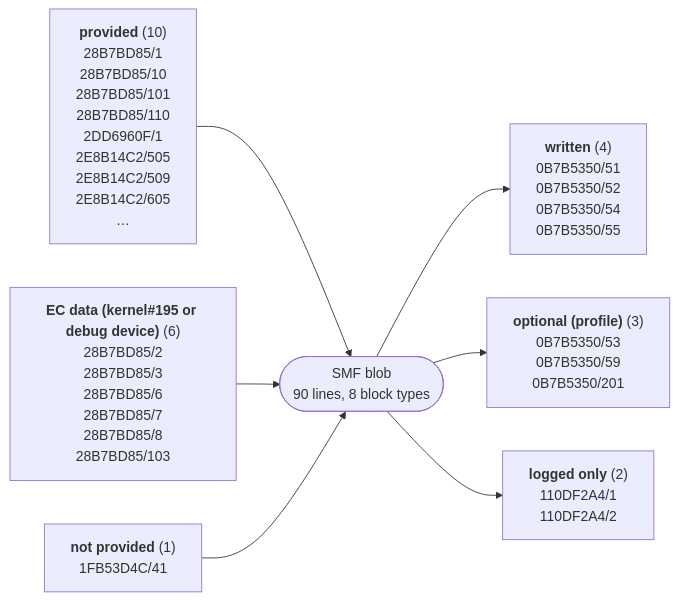
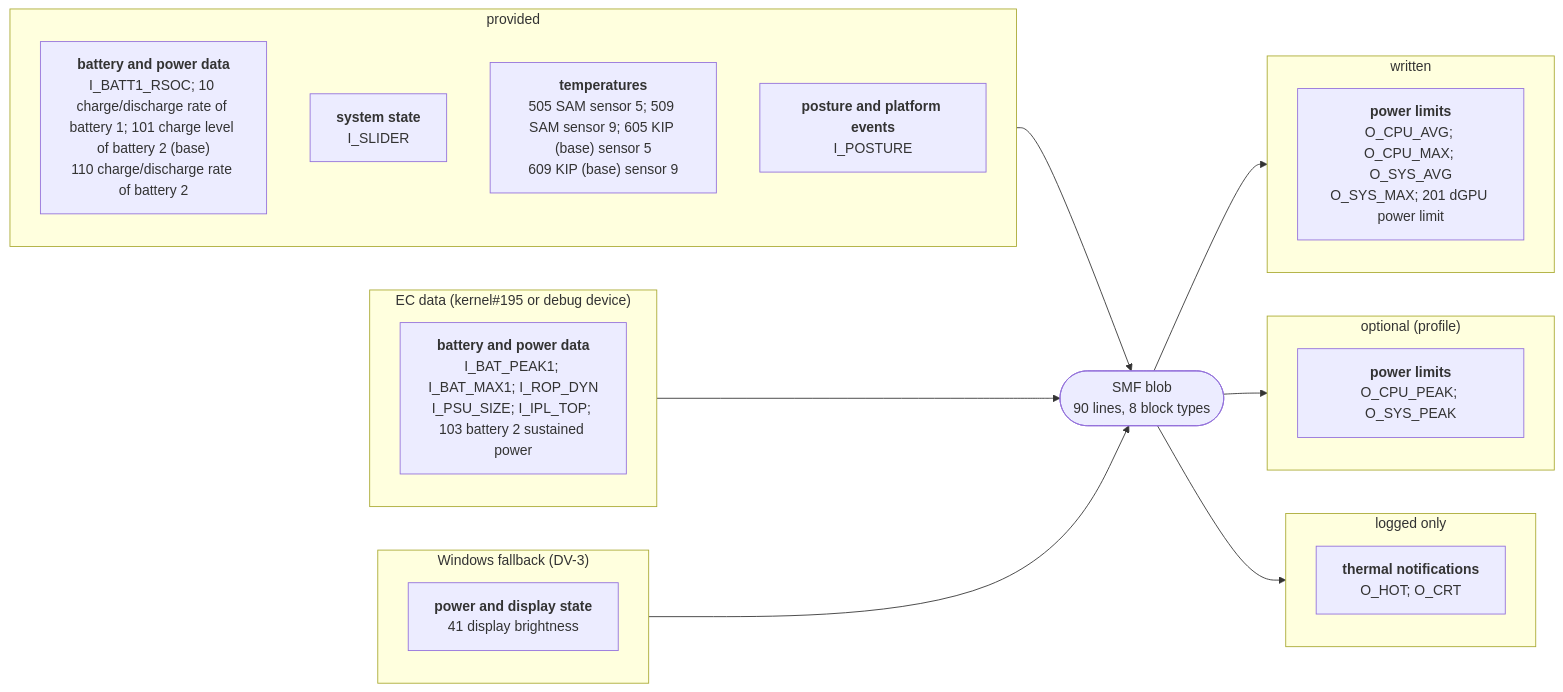
The diagram in docs/devices/surface-book-3-15.md (larsschellhas/linux-surface-power), drawn with Mermaid before and after one commit. The commit also changed other lines of this file and 31 other files, not shown here.

First line of the commit message:
Rate devices by their outputs; complete device diagrams

````diff
--- a/docs/devices/surface-book-3-15.md
+++ b/docs/devices/surface-book-3-15.md
@@ -17,10 +19,31 @@
 ```mermaid
 flowchart LR
-    I0["<b>provided</b> (10)<br/>28B7BD85/1<br/>28B7BD85/10<br/>28B7BD85/101<br/>28B7BD85/110<br/>2DD6960F/1<br/>2E8B14C2/505<br/>2E8B14C2/509<br/>2E8B14C2/605<br/>…"] --> B
-    I1["<b>EC data (kernel#195 or debug device)</b> (6)<br/>28B7BD85/2<br/>28B7BD85/3<br/>28B7BD85/6<br/>28B7BD85/7<br/>28B7BD85/8<br/>28B7BD85/103"] --> B
-    I2["<b>not provided</b> (1)<br/>1FB53D4C/41"] --> B
+    subgraph IN0["provided"]
+        I0_28B7BD85["<b>battery and power data</b><br/>I_BATT1_RSOC; 10 charge/discharge rate of battery 1; 101 charge level of battery 2 (base)<br/>110 charge/discharge rate of battery 2"]
+        I0_2DD6960F["<b>system state</b><br/>I_SLIDER"]
+        I0_2E8B14C2["<b>temperatures</b><br/>505 SAM sensor 5; 509 SAM sensor 9; 605 KIP (base) sensor 5<br/>609 KIP (base) sensor 9"]
+        I0_8060B17F["<b>posture and platform events</b><br/>I_POSTURE"]
+    end
+    IN0 --> B
+    subgraph IN1["EC data (kernel#195 or debug device)"]
+        I1_28B7BD85["<b>battery and power data</b><br/>I_BAT_PEAK1; I_BAT_MAX1; I_ROP_DYN<br/>I_PSU_SIZE; I_IPL_TOP; 103 battery 2 sustained power"]
+    end
+    IN1 --> B
+    subgraph IN2["Windows fallback (DV-3)"]
+        I2_1FB53D4C["<b>power and display state</b><br/>41 display brightness"]
+    end
+    IN2 --> B
     B(["SMF blob<br/>90 lines, 8 block types"])
-    B --> O0["<b>written</b> (4)<br/>0B7B5350/51<br/>0B7B5350/52<br/>0B7B5350/54<br/>0B7B5350/55"]
-    B --> O1["<b>optional (profile)</b> (3)<br/>0B7B5350/53<br/>0B7B5350/59<br/>0B7B5350/201"]
-    B --> O2["<b>logged only</b> (2)<br/>110DF2A4/1<br/>110DF2A4/2"]
+    subgraph OUT0["written"]
+        O0_0B7B5350["<b>power limits</b><br/>O_CPU_AVG; O_CPU_MAX; O_SYS_AVG<br/>O_SYS_MAX; 201 dGPU power limit"]
+    end
+    B --> OUT0
+    subgraph OUT1["optional (profile)"]
+        O1_0B7B5350["<b>power limits</b><br/>O_CPU_PEAK; O_SYS_PEAK"]
+    end
+    B --> OUT1
+    subgraph OUT2["logged only"]
+        O2_110DF2A4["<b>thermal notifications</b><br/>O_HOT; O_CRT"]
+    end
+    B --> OUT2
 ```
````
